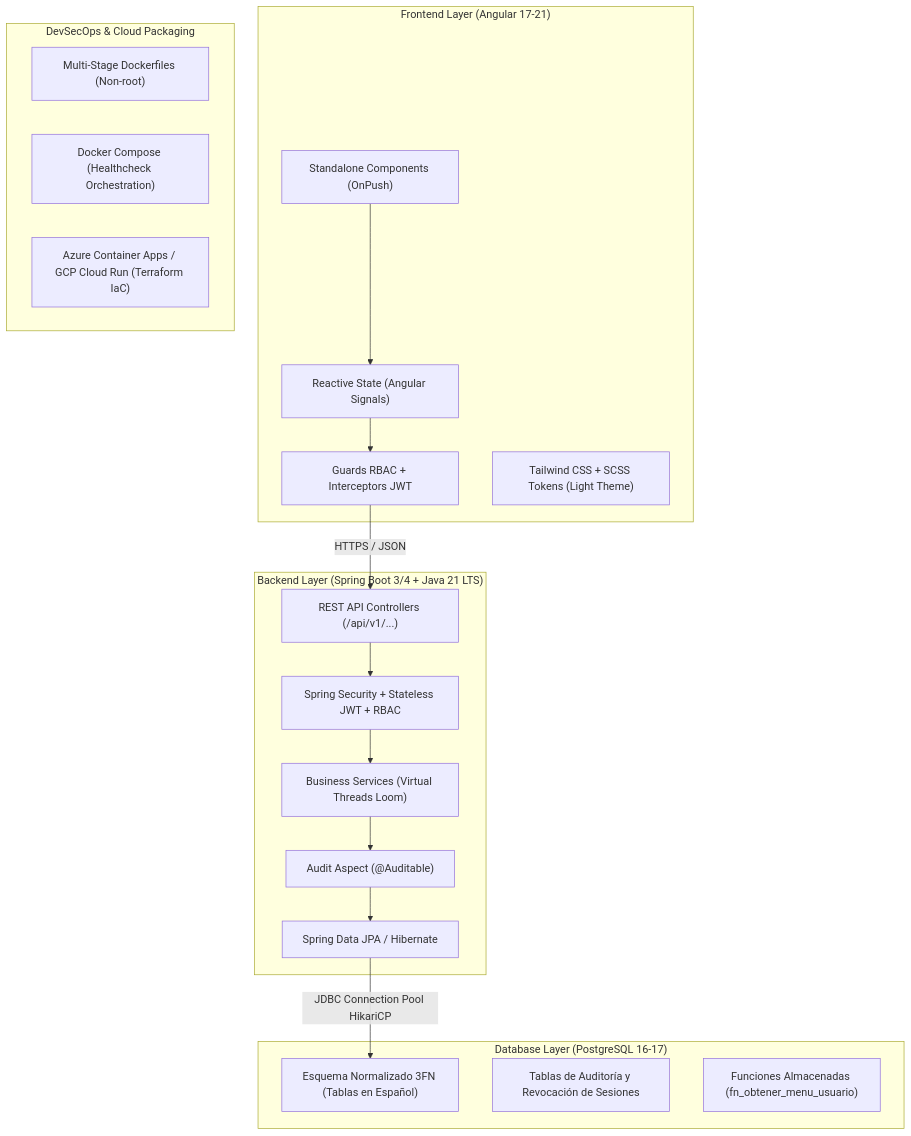
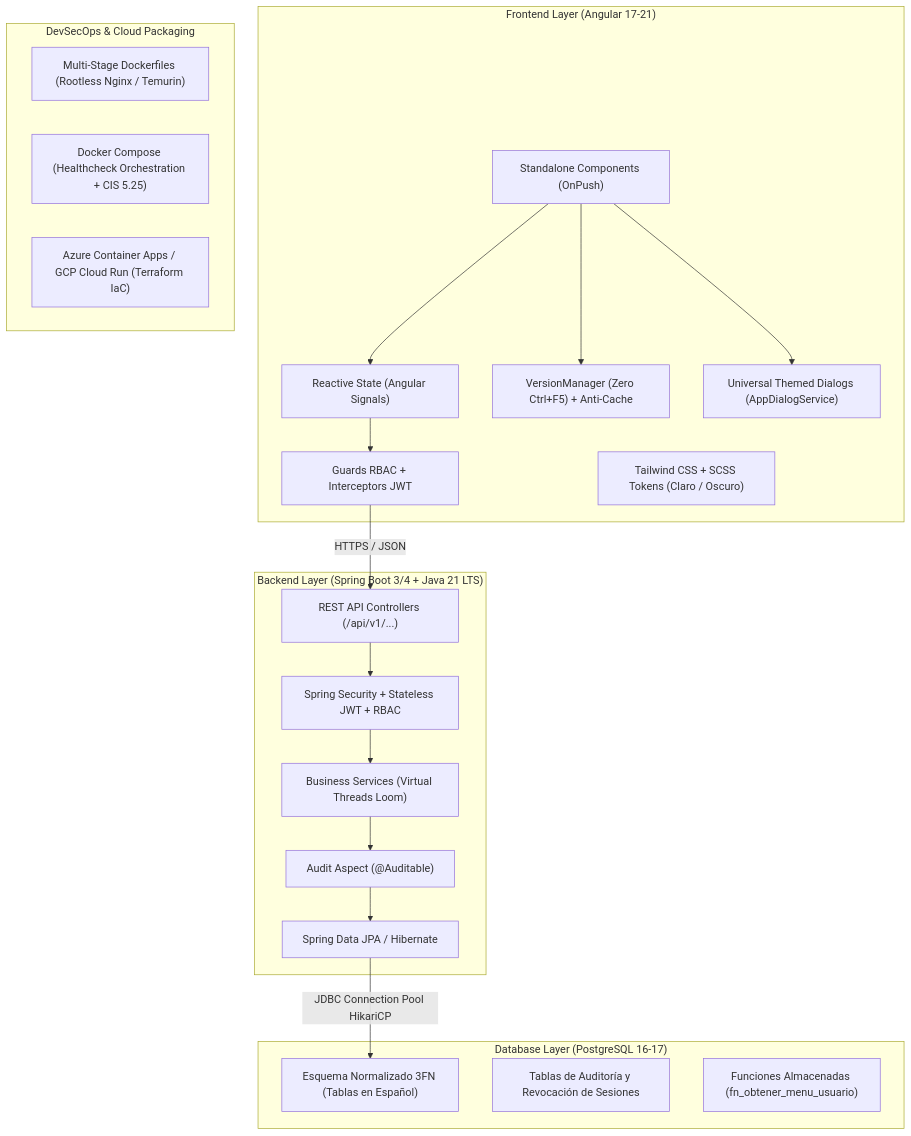
One commit to jambrocio/sidebar-login changed the first of 2 diagrams in PLAN_MAESTRO_DESARROLLO_IA.md. Above: the diagram before and after it, drawn with Mermaid. The commit also changed other lines of this file and 90 other files, not shown here.

````diff
--- a/PLAN_MAESTRO_DESARROLLO_IA.md
+++ b/PLAN_MAESTRO_DESARROLLO_IA.md
@@ -41,33 +44,37 @@
 ```mermaid
 flowchart TD
     subgraph Frontend["Frontend Layer (Angular 17-21)"]
         UI["Standalone Components (OnPush)"]
         SIG["Reactive State (Angular Signals)"]
         ROUT["Guards RBAC + Interceptors JWT"]
-        STYLE["Tailwind CSS + SCSS Tokens (Light Theme)"]
+        STYLE["Tailwind CSS + SCSS Tokens (Claro / Oscuro)"]
+        VERSION["VersionManager (Zero Ctrl+F5) + Anti-Cache"]
+        DIALOG["Universal Themed Dialogs (AppDialogService)"]
     end
 
     subgraph Backend["Backend Layer (Spring Boot 3/4 + Java 21 LTS)"]
         REST["REST API Controllers (/api/v1/...)"]
         SEC["Spring Security + Stateless JWT + RBAC"]
         SRV["Business Services (Virtual Threads Loom)"]
         AOP["Audit Aspect (@Auditable)"]
         JPA["Spring Data JPA / Hibernate"]
     end
 
     subgraph Database["Database Layer (PostgreSQL 16-17)"]
         SCH["Esquema Normalizado 3FN (Tablas en Español)"]
         AUD["Tablas de Auditoría y Revocación de Sesiones"]
         FUNC["Funciones Almacenadas (fn_obtener_menu_usuario)"]
     end
 
     subgraph DevOps["DevSecOps & Cloud Packaging"]
-        DOCK["Multi-Stage Dockerfiles (Non-root)"]
-        DC["Docker Compose (Healthcheck Orchestration)"]
+        DOCK["Multi-Stage Dockerfiles (Rootless Nginx / Temurin)"]
+        DC["Docker Compose (Healthcheck Orchestration + CIS 5.25)"]
         CLOUD["Azure Container Apps / GCP Cloud Run (Terraform IaC)"]
     end
 
     UI --> SIG --> ROUT -->|HTTPS / JSON| REST
+    UI --> VERSION
+    UI --> DIALOG
     REST --> SEC --> SRV --> AOP --> JPA
     JPA -->|JDBC Connection Pool HikariCP| SCH
 ```
````
